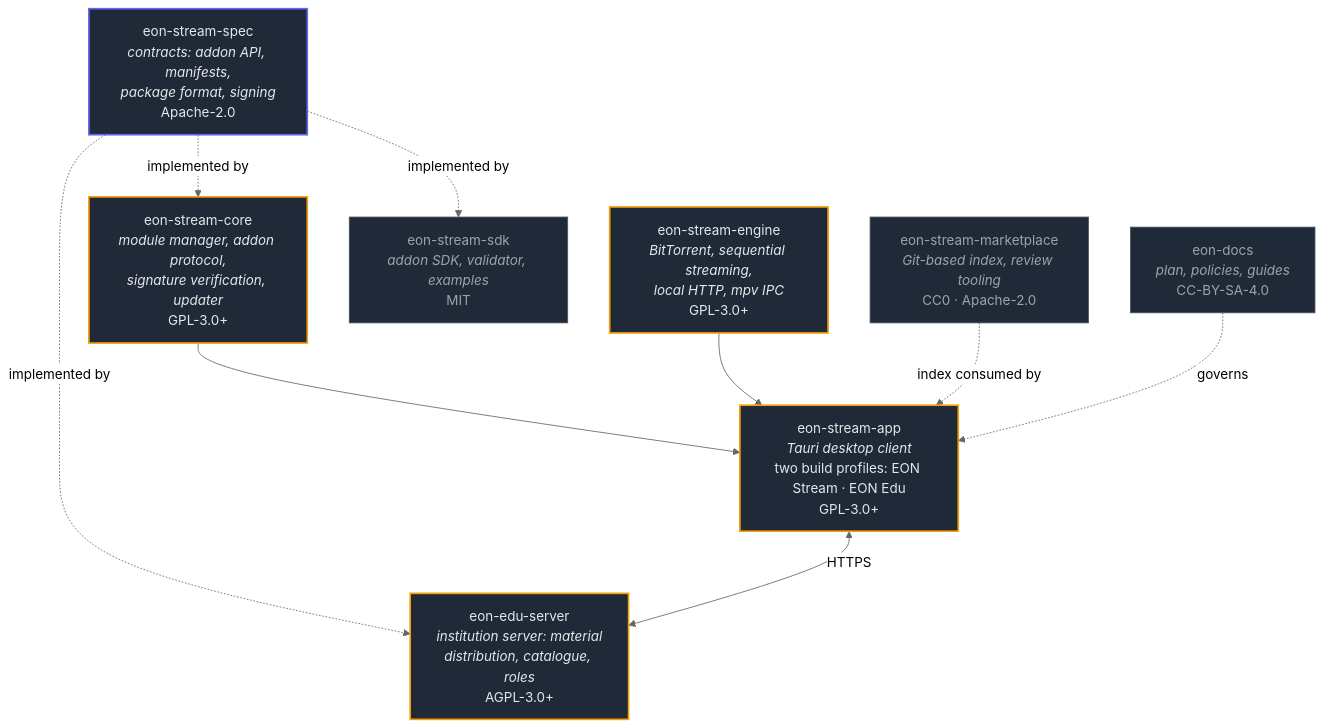
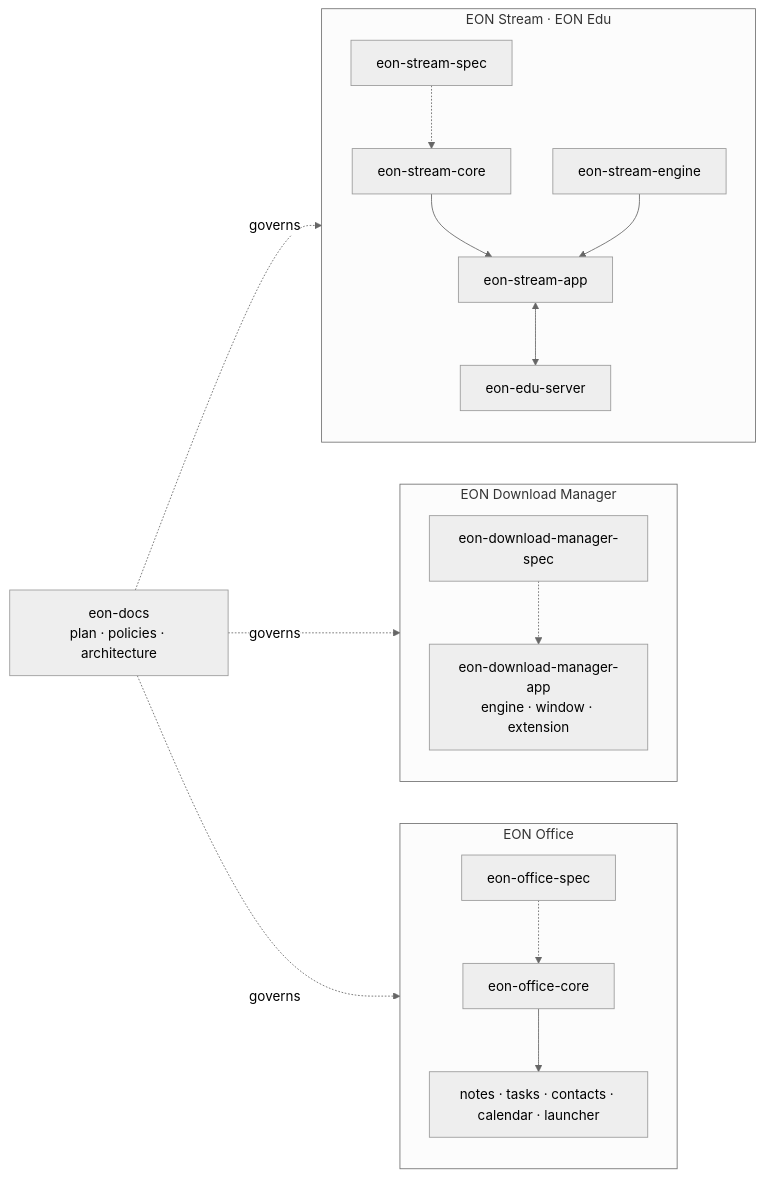
Before and after one commit to EON-Extensible-Open-Network/.github: the diagram in profile/README.md, drawn with Mermaid (neutral theme). The commit also changed other lines of this file and 4 other files, not shown here.

````diff
--- a/profile/README.md
+++ b/profile/README.md
@@ -37,31 +36,19 @@
 ```mermaid
-flowchart TD
-    SPEC["eon-stream-spec<br/><i>contracts: addon API, manifests,<br/>package format, signing</i><br/>Apache-2.0"]
-
-    CORE["eon-stream-core<br/><i>module manager, addon protocol,<br/>signature verification, updater</i><br/>GPL-3.0+"]
-    ENGINE["eon-stream-engine<br/><i>BitTorrent, sequential streaming,<br/>local HTTP, mpv IPC</i><br/>GPL-3.0+"]
-
-    APP["eon-stream-app<br/><i>Tauri desktop client</i><br/>two build profiles: EON Stream · EON Edu<br/>GPL-3.0+"]
-
-    EDU["eon-edu-server<br/><i>institution server: material<br/>distribution, catalogue, roles</i><br/>AGPL-3.0+"]
-
-    SDK["eon-stream-sdk<br/><i>addon SDK, validator, examples</i><br/>MIT"]
-    MKT["eon-stream-marketplace<br/><i>Git-based index, review tooling</i><br/>CC0 · Apache-2.0"]
-    DOCS["eon-docs<br/><i>plan, policies, guides</i><br/>CC-BY-SA-4.0"]
-
-    SPEC -.->|implemented by| CORE
-    SPEC -.->|implemented by| SDK
-    SPEC -.->|implemented by| EDU
-    CORE --> APP
-    ENGINE --> APP
-    APP <-->|HTTPS| EDU
-    MKT -.->|index consumed by| APP
-    DOCS -.->|governs| APP
-
-    classDef spec fill:#1f2937,stroke:#6366f1,stroke-width:2px,color:#e5e7eb
-    classDef rust fill:#1f2937,stroke:#f59e0b,stroke-width:2px,color:#e5e7eb
-    classDef aux fill:#1f2937,stroke:#4b5563,stroke-width:1px,color:#9ca3af
-    class SPEC spec
-    class CORE,ENGINE,APP,EDU rust
-    class SDK,MKT,DOCS aux
+flowchart LR
+    subgraph Stream["EON Stream · EON Edu"]
+        SS["eon-stream-spec"] -.-> SC["eon-stream-core"]
+        SC --> SA["eon-stream-app"]
+        SE["eon-stream-engine"] --> SA
+        SA <--> ED["eon-edu-server"]
+    end
+    subgraph DM["EON Download Manager"]
+        DS["eon-download-manager-spec"] -.-> DA["eon-download-manager-app<br/>engine · window · extension"]
+    end
+    subgraph Office["EON Office"]
+        OS["eon-office-spec"] -.-> OC["eon-office-core"]
+        OC --> OA["notes · tasks · contacts · calendar · launcher"]
+    end
+    DOCS["eon-docs<br/>plan · policies · architecture"] -.->|governs| Stream
+    DOCS -.->|governs| DM
+    DOCS -.->|governs| Office
 ```
````
